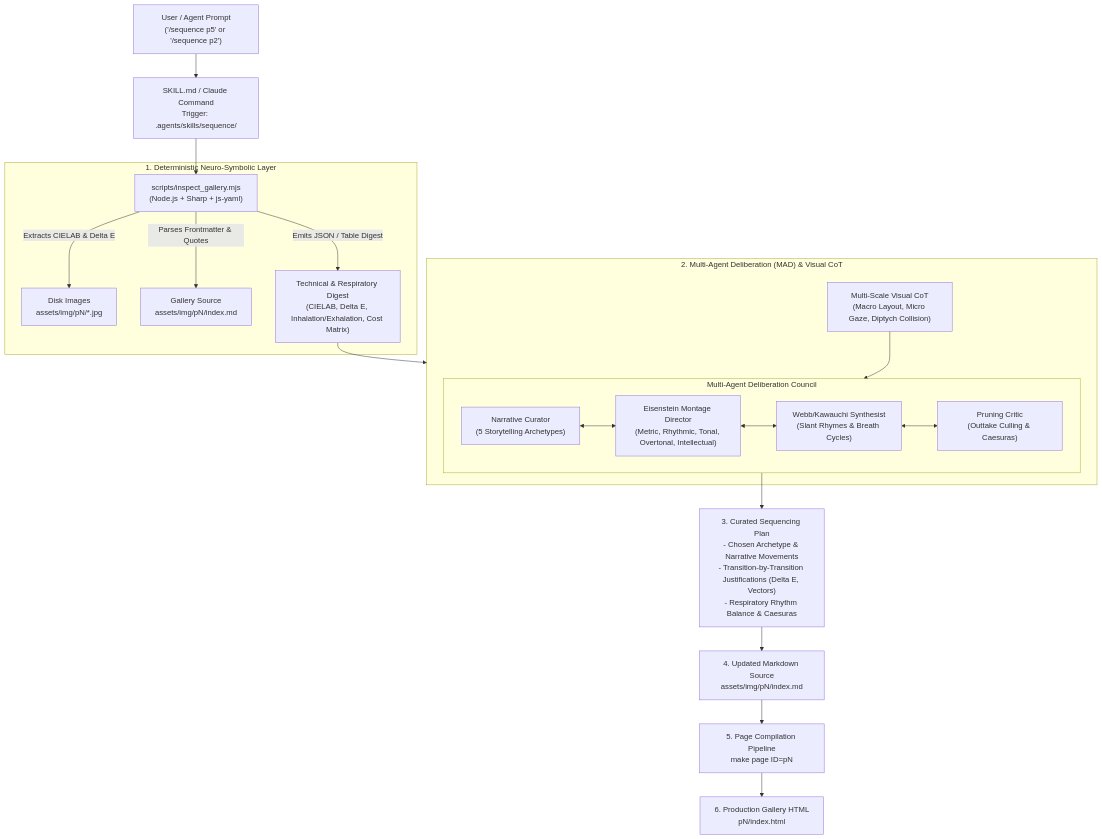
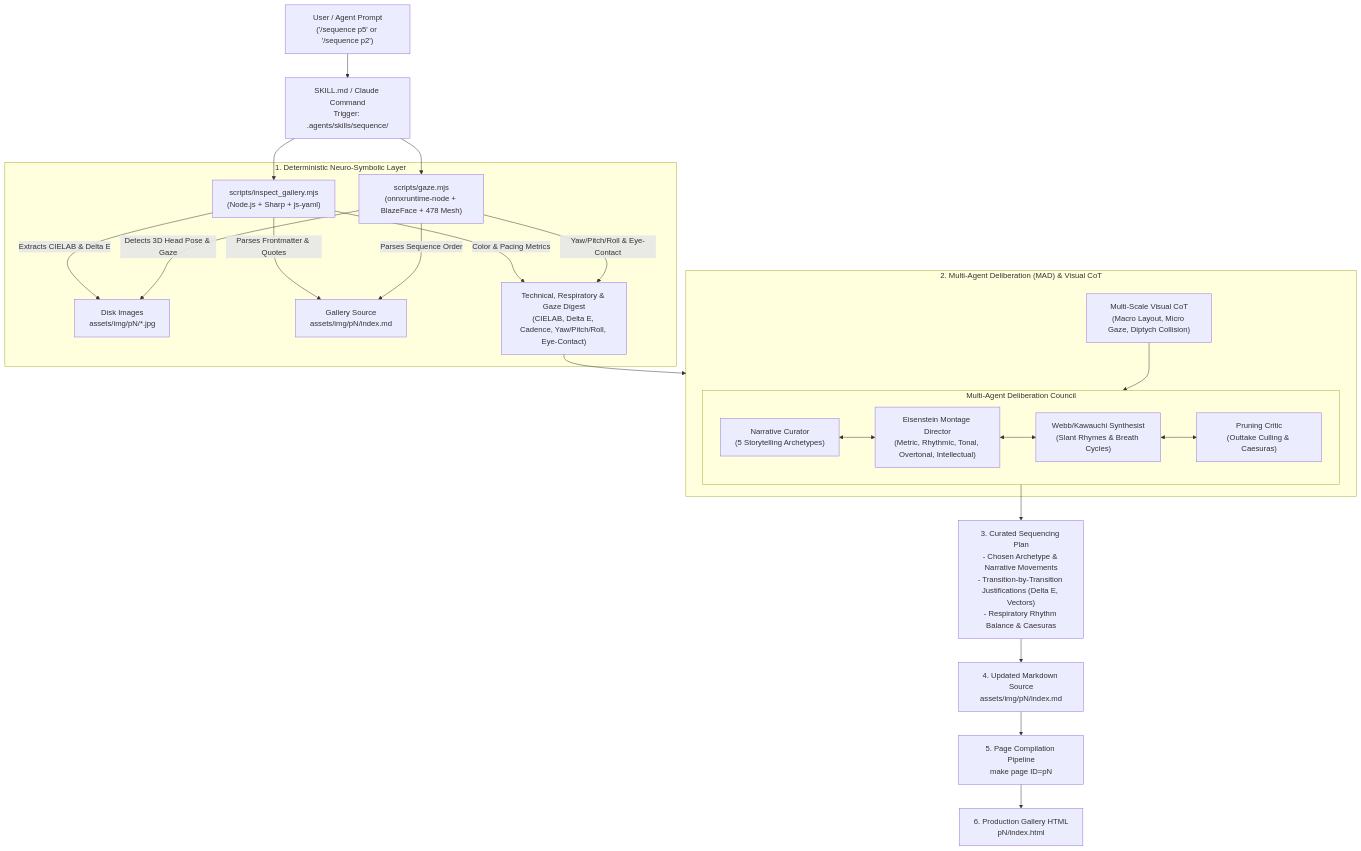
Before and after one commit to ryusoh/ryusoh.github.io: the fifth of 6 diagrams in docs/sequence-skill-architecture.md, drawn with Mermaid. The commit also changed other lines of this file, not shown here.

Commit message:
feat(sequence): add gaze.mjs for deterministic gaze vector and head pose estimation

````diff
--- a/docs/sequence-skill-architecture.md
+++ b/docs/sequence-skill-architecture.md
@@ -217,40 +225,46 @@
 ```mermaid
 graph TD
     User["User / Agent Prompt<br>('/sequence p5' or '/sequence p2')"] --> Trigger["SKILL.md / Claude Command<br>Trigger: .agents/skills/sequence/"]
 
     subgraph ToolingLayer ["1. Deterministic Neuro-Symbolic Layer"]
         InspectScript["scripts/inspect_gallery.mjs<br>(Node.js + Sharp + js-yaml)"]
+        GazeScript["scripts/gaze.mjs<br>(onnxruntime-node + BlazeFace + 478 Mesh)"]
         FSImages["Disk Images<br>assets/img/pN/*.jpg"]
         FSMd["Gallery Source<br>assets/img/pN/index.md"]
 
         InspectScript -->|Extracts CIELAB & Delta E| FSImages
         InspectScript -->|Parses Frontmatter & Quotes| FSMd
-        InspectScript -->|Emits JSON / Table Digest| AnalysisDigest["Technical & Respiratory Digest<br>(CIELAB, Delta E, Inhalation/Exhalation, Cost Matrix)"]
+        GazeScript -->|Detects 3D Head Pose & Gaze| FSImages
+        GazeScript -->|Parses Sequence Order| FSMd
+
+        InspectScript -->|Color & Pacing Metrics| AnalysisDigest["Technical, Respiratory & Gaze Digest<br>(CIELAB, Delta E, Cadence, Yaw/Pitch/Roll, Eye-Contact)"]
+        GazeScript -->|Yaw/Pitch/Roll & Eye-Contact| AnalysisDigest
     end
 
     Trigger --> InspectScript
+    Trigger --> GazeScript
     AnalysisDigest --> MultimodalLayer
 
     subgraph MultimodalLayer ["2. Multi-Agent Deliberation (MAD) & Visual CoT"]
         VisionCoT["Multi-Scale Visual CoT<br>(Macro Layout, Micro Gaze, Diptych Collision)"]
 
         subgraph EditorialCouncil ["Multi-Agent Deliberation Council"]
             Curator["Narrative Curator<br>(5 Storytelling Archetypes)"]
             Montage["Eisenstein Montage Director<br>(Metric, Rhythmic, Tonal, Overtonal, Intellectual)"]
             Slant["Webb/Kawauchi Synthesist<br>(Slant Rhymes & Breath Cycles)"]
             Critic["Pruning Critic<br>(Outtake Culling & Caesuras)"]
 
             Curator <--> Montage
             Montage <--> Slant
             Slant <--> Critic
         end
 
         VisionCoT --> EditorialCouncil
     end
 
     EditorialCouncil --> CuratedPlan["3. Curated Sequencing Plan<br>- Chosen Archetype & Narrative Movements<br>- Transition-by-Transition Justifications (Delta E, Vectors)<br>- Respiratory Rhythm Balance & Caesuras"]
 
     CuratedPlan --> OutputMd["4. Updated Markdown Source<br>assets/img/pN/index.md"]
     OutputMd --> PageBuilder["5. Page Compilation Pipeline<br>make page ID=pN"]
     PageBuilder --> StaticHTML["6. Production Gallery HTML<br>pN/index.html"]
 ```
````
